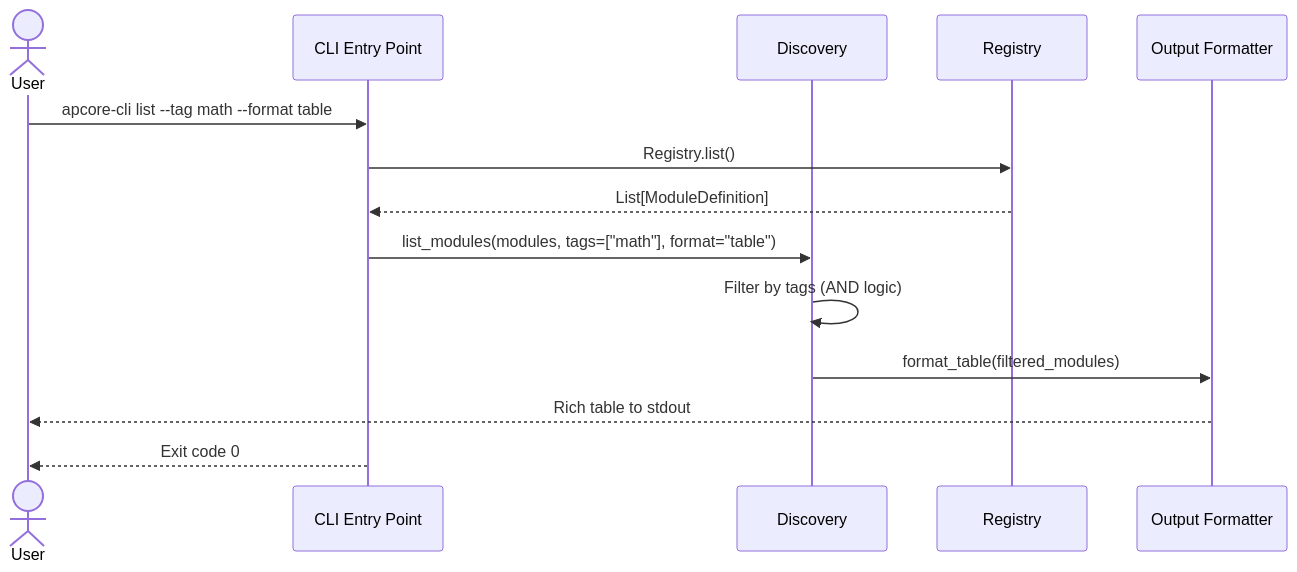
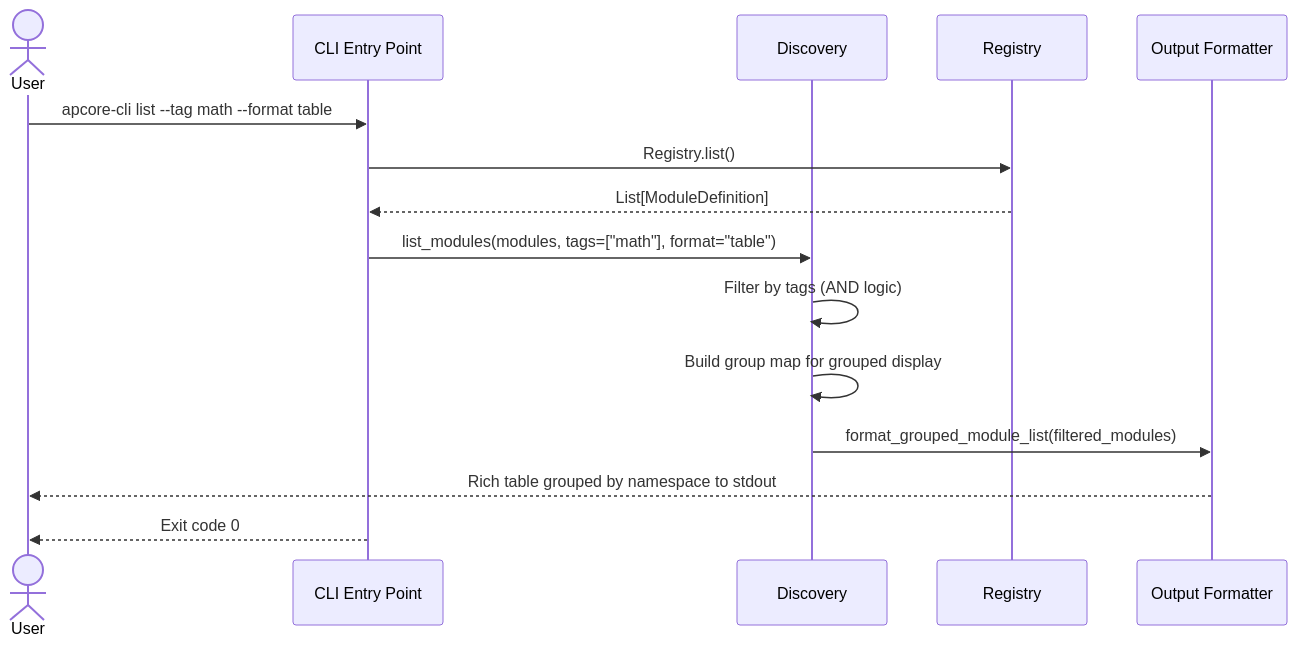
Before and after one commit to aiperceivable/apcore-cli: the eighth of 10 diagrams in docs/tech-design.md, drawn with Mermaid. The commit also changed other lines of this file and 6 other files, not shown here.

Commit message:
feat: Introduce grouped CLI commands and `init` command for module scaffolding, updating related documentation.

````diff
--- a/docs/tech-design.md
+++ b/docs/tech-design.md
@@ -385,17 +550,18 @@
 ```mermaid
 sequenceDiagram
     actor User
     participant CLI as CLI Entry Point
     participant Disc as Discovery
     participant Reg as Registry
     participant OF as Output Formatter
 
     User->>CLI: apcore-cli list --tag math --format table
     CLI->>Reg: Registry.list()
     Reg-->>CLI: List[ModuleDefinition]
     CLI->>Disc: list_modules(modules, tags=["math"], format="table")
     Disc->>Disc: Filter by tags (AND logic)
-    Disc->>OF: format_table(filtered_modules)
-    OF-->>User: Rich table to stdout
+    Disc->>Disc: Build group map for grouped display
+    Disc->>OF: format_grouped_module_list(filtered_modules)
+    OF-->>User: Rich table grouped by namespace to stdout
     CLI-->>User: Exit code 0
 ```
````
